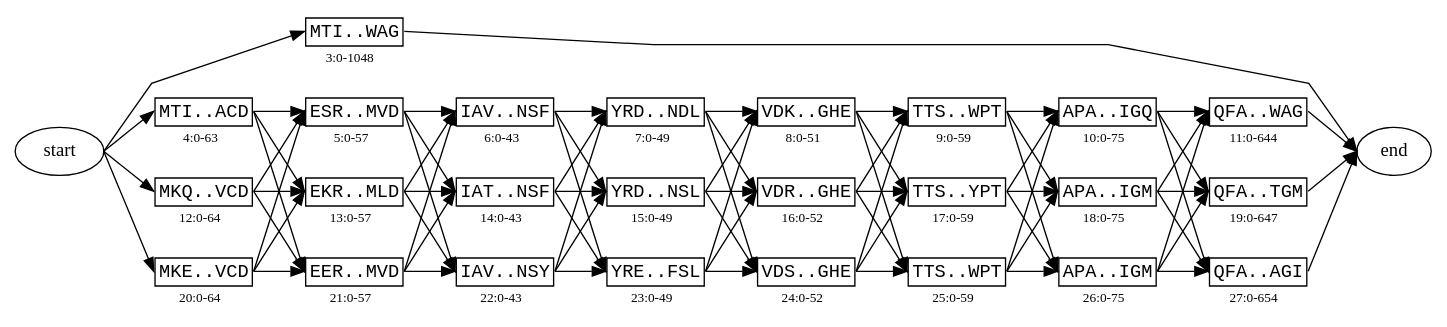
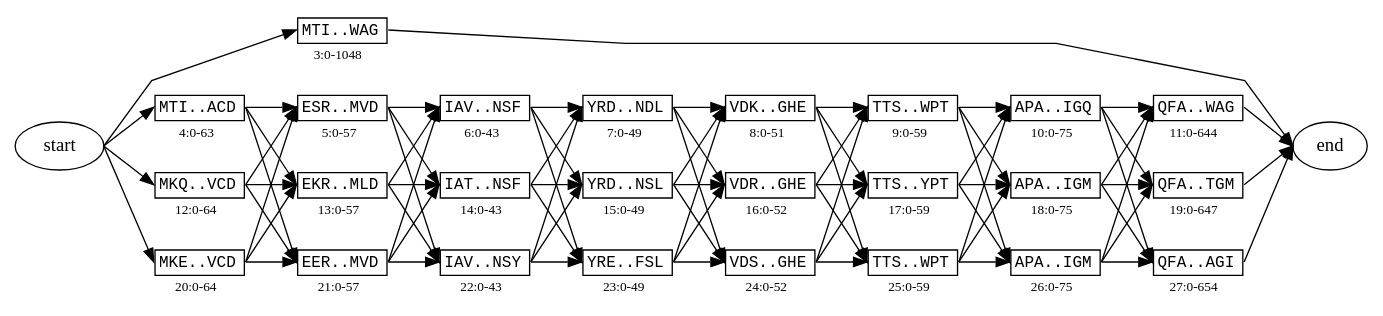
Before and after one commit to ginkgobioworks/gen: the diagram in docs/figures/protein_figure_1.dot, drawn with Graphviz. The commit also changed 25 other files, not shown here.

```diff
--- a/docs/figures/protein_figure_1.dot
+++ b/docs/figures/protein_figure_1.dot
@@ -6,105 +6,105 @@
 	];
 	node [label="\N"];
 	start	[label=start];
-	3.0	[label=<<TABLE BORDER='0' CELLBORDER='1'><TR><TD ALIGN='CENTER' PORT='seq'><FONT FACE='Monospace'>MTI..WAG</FONT></TD></TR><TR><TD BORDER='0' ALIGN='CENTER'><FONT POINT-SIZE='10'>3:0-1048</FONT></TD></TR></TABLE>>,
+	3.0	[label=<<TABLE BORDER='0' CELLBORDER='1'><TR><TD ALIGN='CENTER' PORT='seq'><FONT POINT-SIZE='12' FACE='Monospace'>MTI..WAG</FONT></TD></TR><TR><TD BORDER='0' ALIGN='CENTER'><FONT POINT-SIZE='10'>3:0-1048</FONT></TD></TR></TABLE>>,
 		margin=0,
 		shape=none];
 	start:e -> 3.0:seq:w;
-	4.0	[label=<<TABLE BORDER='0' CELLBORDER='1'><TR><TD ALIGN='CENTER' PORT='seq'><FONT FACE='Monospace'>MTI..ACD</FONT></TD></TR><TR><TD BORDER='0' ALIGN='CENTER'><FONT POINT-SIZE='10'>4:0-63</FONT></TD></TR></TABLE>>,
+	4.0	[label=<<TABLE BORDER='0' CELLBORDER='1'><TR><TD ALIGN='CENTER' PORT='seq'><FONT POINT-SIZE='12' FACE='Monospace'>MTI..ACD</FONT></TD></TR><TR><TD BORDER='0' ALIGN='CENTER'><FONT POINT-SIZE='10'>4:0-63</FONT></TD></TR></TABLE>>,
 		margin=0,
 		shape=none];
 	start:e -> 4.0:seq:w;
-	12.0	[label=<<TABLE BORDER='0' CELLBORDER='1'><TR><TD ALIGN='CENTER' PORT='seq'><FONT FACE='Monospace'>MKQ..VCD</FONT></TD></TR><TR><TD BORDER='0' ALIGN='CENTER'><FONT POINT-SIZE='10'>12:0-64</FONT></TD></TR></TABLE>>,
+	12.0	[label=<<TABLE BORDER='0' CELLBORDER='1'><TR><TD ALIGN='CENTER' PORT='seq'><FONT POINT-SIZE='12' FACE='Monospace'>MKQ..VCD</FONT></TD></TR><TR><TD BORDER='0' ALIGN='CENTER'><FONT POINT-SIZE='10'>12:0-64</FONT></TD></TR></TABLE>>,
 		margin=0,
 		shape=none];
 	start:e -> 12.0:seq:w;
-	20.0	[label=<<TABLE BORDER='0' CELLBORDER='1'><TR><TD ALIGN='CENTER' PORT='seq'><FONT FACE='Monospace'>MKE..VCD</FONT></TD></TR><TR><TD BORDER='0' ALIGN='CENTER'><FONT POINT-SIZE='10'>20:0-64</FONT></TD></TR></TABLE>>,
+	20.0	[label=<<TABLE BORDER='0' CELLBORDER='1'><TR><TD ALIGN='CENTER' PORT='seq'><FONT POINT-SIZE='12' FACE='Monospace'>MKE..VCD</FONT></TD></TR><TR><TD BORDER='0' ALIGN='CENTER'><FONT POINT-SIZE='10'>20:0-64</FONT></TD></TR></TABLE>>,
 		margin=0,
 		shape=none];
 	start:e -> 20.0:seq:w;
 	end	[label=end];
 	3.0:seq:e -> end:w;
-	5.0	[label=<<TABLE BORDER='0' CELLBORDER='1'><TR><TD ALIGN='CENTER' PORT='seq'><FONT FACE='Monospace'>ESR..MVD</FONT></TD></TR><TR><TD BORDER='0' ALIGN='CENTER'><FONT POINT-SIZE='10'>5:0-57</FONT></TD></TR></TABLE>>,
+	5.0	[label=<<TABLE BORDER='0' CELLBORDER='1'><TR><TD ALIGN='CENTER' PORT='seq'><FONT POINT-SIZE='12' FACE='Monospace'>ESR..MVD</FONT></TD></TR><TR><TD BORDER='0' ALIGN='CENTER'><FONT POINT-SIZE='10'>5:0-57</FONT></TD></TR></TABLE>>,
 		margin=0,
 		shape=none];
 	4.0:seq:e -> 5.0:seq:w;
-	13.0	[label=<<TABLE BORDER='0' CELLBORDER='1'><TR><TD ALIGN='CENTER' PORT='seq'><FONT FACE='Monospace'>EKR..MLD</FONT></TD></TR><TR><TD BORDER='0' ALIGN='CENTER'><FONT POINT-SIZE='10'>13:0-57</FONT></TD></TR></TABLE>>,
+	13.0	[label=<<TABLE BORDER='0' CELLBORDER='1'><TR><TD ALIGN='CENTER' PORT='seq'><FONT POINT-SIZE='12' FACE='Monospace'>EKR..MLD</FONT></TD></TR><TR><TD BORDER='0' ALIGN='CENTER'><FONT POINT-SIZE='10'>13:0-57</FONT></TD></TR></TABLE>>,
 		margin=0,
 		shape=none];
 	4.0:seq:e -> 13.0:seq:w;
-	21.0	[label=<<TABLE BORDER='0' CELLBORDER='1'><TR><TD ALIGN='CENTER' PORT='seq'><FONT FACE='Monospace'>EER..MVD</FONT></TD></TR><TR><TD BORDER='0' ALIGN='CENTER'><FONT POINT-SIZE='10'>21:0-57</FONT></TD></TR></TABLE>>,
+	21.0	[label=<<TABLE BORDER='0' CELLBORDER='1'><TR><TD ALIGN='CENTER' PORT='seq'><FONT POINT-SIZE='12' FACE='Monospace'>EER..MVD</FONT></TD></TR><TR><TD BORDER='0' ALIGN='CENTER'><FONT POINT-SIZE='10'>21:0-57</FONT></TD></TR></TABLE>>,
 		margin=0,
 		shape=none];
 	4.0:seq:e -> 21.0:seq:w;
-	6.0	[label=<<TABLE BORDER='0' CELLBORDER='1'><TR><TD ALIGN='CENTER' PORT='seq'><FONT FACE='Monospace'>IAV..NSF</FONT></TD></TR><TR><TD BORDER='0' ALIGN='CENTER'><FONT POINT-SIZE='10'>6:0-43</FONT></TD></TR></TABLE>>,
+	6.0	[label=<<TABLE BORDER='0' CELLBORDER='1'><TR><TD ALIGN='CENTER' PORT='seq'><FONT POINT-SIZE='12' FACE='Monospace'>IAV..NSF</FONT></TD></TR><TR><TD BORDER='0' ALIGN='CENTER'><FONT POINT-SIZE='10'>6:0-43</FONT></TD></TR></TABLE>>,
 		margin=0,
 		shape=none];
 	5.0:seq:e -> 6.0:seq:w;
-	14.0	[label=<<TABLE BORDER='0' CELLBORDER='1'><TR><TD ALIGN='CENTER' PORT='seq'><FONT FACE='Monospace'>IAT..NSF</FONT></TD></TR><TR><TD BORDER='0' ALIGN='CENTER'><FONT POINT-SIZE='10'>14:0-43</FONT></TD></TR></TABLE>>,
+	14.0	[label=<<TABLE BORDER='0' CELLBORDER='1'><TR><TD ALIGN='CENTER' PORT='seq'><FONT POINT-SIZE='12' FACE='Monospace'>IAT..NSF</FONT></TD></TR><TR><TD BORDER='0' ALIGN='CENTER'><FONT POINT-SIZE='10'>14:0-43</FONT></TD></TR></TABLE>>,
 		margin=0,
 		shape=none];
 	5.0:seq:e -> 14.0:seq:w;
-	22.0	[label=<<TABLE BORDER='0' CELLBORDER='1'><TR><TD ALIGN='CENTER' PORT='seq'><FONT FACE='Monospace'>IAV..NSY</FONT></TD></TR><TR><TD BORDER='0' ALIGN='CENTER'><FONT POINT-SIZE='10'>22:0-43</FONT></TD></TR></TABLE>>,
+	22.0	[label=<<TABLE BORDER='0' CELLBORDER='1'><TR><TD ALIGN='CENTER' PORT='seq'><FONT POINT-SIZE='12' FACE='Monospace'>IAV..NSY</FONT></TD></TR><TR><TD BORDER='0' ALIGN='CENTER'><FONT POINT-SIZE='10'>22:0-43</FONT></TD></TR></TABLE>>,
 		margin=0,
 		shape=none];
 	5.0:seq:e -> 22.0:seq:w;
-	7.0	[label=<<TABLE BORDER='0' CELLBORDER='1'><TR><TD ALIGN='CENTER' PORT='seq'><FONT FACE='Monospace'>YRD..NDL</FONT></TD></TR><TR><TD BORDER='0' ALIGN='CENTER'><FONT POINT-SIZE='10'>7:0-49</FONT></TD></TR></TABLE>>,
+	7.0	[label=<<TABLE BORDER='0' CELLBORDER='1'><TR><TD ALIGN='CENTER' PORT='seq'><FONT POINT-SIZE='12' FACE='Monospace'>YRD..NDL</FONT></TD></TR><TR><TD BORDER='0' ALIGN='CENTER'><FONT POINT-SIZE='10'>7:0-49</FONT></TD></TR></TABLE>>,
 		margin=0,
 		shape=none];
 	6.0:seq:e -> 7.0:seq:w;
-	15.0	[label=<<TABLE BORDER='0' CELLBORDER='1'><TR><TD ALIGN='CENTER' PORT='seq'><FONT FACE='Monospace'>YRD..NSL</FONT></TD></TR><TR><TD BORDER='0' ALIGN='CENTER'><FONT POINT-SIZE='10'>15:0-49</FONT></TD></TR></TABLE>>,
+	15.0	[label=<<TABLE BORDER='0' CELLBORDER='1'><TR><TD ALIGN='CENTER' PORT='seq'><FONT POINT-SIZE='12' FACE='Monospace'>YRD..NSL</FONT></TD></TR><TR><TD BORDER='0' ALIGN='CENTER'><FONT POINT-SIZE='10'>15:0-49</FONT></TD></TR></TABLE>>,
 		margin=0,
 		shape=none];
 	6.0:seq:e -> 15.0:seq:w;
-	23.0	[label=<<TABLE BORDER='0' CELLBORDER='1'><TR><TD ALIGN='CENTER' PORT='seq'><FONT FACE='Monospace'>YRE..FSL</FONT></TD></TR><TR><TD BORDER='0' ALIGN='CENTER'><FONT POINT-SIZE='10'>23:0-49</FONT></TD></TR></TABLE>>,
+	23.0	[label=<<TABLE BORDER='0' CELLBORDER='1'><TR><TD ALIGN='CENTER' PORT='seq'><FONT POINT-SIZE='12' FACE='Monospace'>YRE..FSL</FONT></TD></TR><TR><TD BORDER='0' ALIGN='CENTER'><FONT POINT-SIZE='10'>23:0-49</FONT></TD></TR></TABLE>>,
 		margin=0,
 		shape=none];
 	6.0:seq:e -> 23.0:seq:w;
-	8.0	[label=<<TABLE BORDER='0' CELLBORDER='1'><TR><TD ALIGN='CENTER' PORT='seq'><FONT FACE='Monospace'>VDK..GHE</FONT></TD></TR><TR><TD BORDER='0' ALIGN='CENTER'><FONT POINT-SIZE='10'>8:0-51</FONT></TD></TR></TABLE>>,
+	8.0	[label=<<TABLE BORDER='0' CELLBORDER='1'><TR><TD ALIGN='CENTER' PORT='seq'><FONT POINT-SIZE='12' FACE='Monospace'>VDK..GHE</FONT></TD></TR><TR><TD BORDER='0' ALIGN='CENTER'><FONT POINT-SIZE='10'>8:0-51</FONT></TD></TR></TABLE>>,
 		margin=0,
 		shape=none];
 	7.0:seq:e -> 8.0:seq:w;
-	16.0	[label=<<TABLE BORDER='0' CELLBORDER='1'><TR><TD ALIGN='CENTER' PORT='seq'><FONT FACE='Monospace'>VDR..GHE</FONT></TD></TR><TR><TD BORDER='0' ALIGN='CENTER'><FONT POINT-SIZE='10'>16:0-52</FONT></TD></TR></TABLE>>,
+	16.0	[label=<<TABLE BORDER='0' CELLBORDER='1'><TR><TD ALIGN='CENTER' PORT='seq'><FONT POINT-SIZE='12' FACE='Monospace'>VDR..GHE</FONT></TD></TR><TR><TD BORDER='0' ALIGN='CENTER'><FONT POINT-SIZE='10'>16:0-52</FONT></TD></TR></TABLE>>,
 		margin=0,
 		shape=none];
 	7.0:seq:e -> 16.0:seq:w;
-	24.0	[label=<<TABLE BORDER='0' CELLBORDER='1'><TR><TD ALIGN='CENTER' PORT='seq'><FONT FACE='Monospace'>VDS..GHE</FONT></TD></TR><TR><TD BORDER='0' ALIGN='CENTER'><FONT POINT-SIZE='10'>24:0-52</FONT></TD></TR></TABLE>>,
+	24.0	[label=<<TABLE BORDER='0' CELLBORDER='1'><TR><TD ALIGN='CENTER' PORT='seq'><FONT POINT-SIZE='12' FACE='Monospace'>VDS..GHE</FONT></TD></TR><TR><TD BORDER='0' ALIGN='CENTER'><FONT POINT-SIZE='10'>24:0-52</FONT></TD></TR></TABLE>>,
 		margin=0,
 		shape=none];
 	7.0:seq:e -> 24.0:seq:w;
-	9.0	[label=<<TABLE BORDER='0' CELLBORDER='1'><TR><TD ALIGN='CENTER' PORT='seq'><FONT FACE='Monospace'>TTS..WPT</FONT></TD></TR><TR><TD BORDER='0' ALIGN='CENTER'><FONT POINT-SIZE='10'>9:0-59</FONT></TD></TR></TABLE>>,
+	9.0	[label=<<TABLE BORDER='0' CELLBORDER='1'><TR><TD ALIGN='CENTER' PORT='seq'><FONT POINT-SIZE='12' FACE='Monospace'>TTS..WPT</FONT></TD></TR><TR><TD BORDER='0' ALIGN='CENTER'><FONT POINT-SIZE='10'>9:0-59</FONT></TD></TR></TABLE>>,
 		margin=0,
 		shape=none];
 	8.0:seq:e -> 9.0:seq:w;
-	17.0	[label=<<TABLE BORDER='0' CELLBORDER='1'><TR><TD ALIGN='CENTER' PORT='seq'><FONT FACE='Monospace'>TTS..YPT</FONT></TD></TR><TR><TD BORDER='0' ALIGN='CENTER'><FONT POINT-SIZE='10'>17:0-59</FONT></TD></TR></TABLE>>,
+	17.0	[label=<<TABLE BORDER='0' CELLBORDER='1'><TR><TD ALIGN='CENTER' PORT='seq'><FONT POINT-SIZE='12' FACE='Monospace'>TTS..YPT</FONT></TD></TR><TR><TD BORDER='0' ALIGN='CENTER'><FONT POINT-SIZE='10'>17:0-59</FONT></TD></TR></TABLE>>,
 		margin=0,
 		shape=none];
 	8.0:seq:e -> 17.0:seq:w;
-	25.0	[label=<<TABLE BORDER='0' CELLBORDER='1'><TR><TD ALIGN='CENTER' PORT='seq'><FONT FACE='Monospace'>TTS..WPT</FONT></TD></TR><TR><TD BORDER='0' ALIGN='CENTER'><FONT POINT-SIZE='10'>25:0-59</FONT></TD></TR></TABLE>>,
+	25.0	[label=<<TABLE BORDER='0' CELLBORDER='1'><TR><TD ALIGN='CENTER' PORT='seq'><FONT POINT-SIZE='12' FACE='Monospace'>TTS..WPT</FONT></TD></TR><TR><TD BORDER='0' ALIGN='CENTER'><FONT POINT-SIZE='10'>25:0-59</FONT></TD></TR></TABLE>>,
 		margin=0,
 		shape=none];
 	8.0:seq:e -> 25.0:seq:w;
-	10.0	[label=<<TABLE BORDER='0' CELLBORDER='1'><TR><TD ALIGN='CENTER' PORT='seq'><FONT FACE='Monospace'>APA..IGQ</FONT></TD></TR><TR><TD BORDER='0' ALIGN='CENTER'><FONT POINT-SIZE='10'>10:0-75</FONT></TD></TR></TABLE>>,
+	10.0	[label=<<TABLE BORDER='0' CELLBORDER='1'><TR><TD ALIGN='CENTER' PORT='seq'><FONT POINT-SIZE='12' FACE='Monospace'>APA..IGQ</FONT></TD></TR><TR><TD BORDER='0' ALIGN='CENTER'><FONT POINT-SIZE='10'>10:0-75</FONT></TD></TR></TABLE>>,
 		margin=0,
 		shape=none];
 	9.0:seq:e -> 10.0:seq:w;
-	18.0	[label=<<TABLE BORDER='0' CELLBORDER='1'><TR><TD ALIGN='CENTER' PORT='seq'><FONT FACE='Monospace'>APA..IGM</FONT></TD></TR><TR><TD BORDER='0' ALIGN='CENTER'><FONT POINT-SIZE='10'>18:0-75</FONT></TD></TR></TABLE>>,
+	18.0	[label=<<TABLE BORDER='0' CELLBORDER='1'><TR><TD ALIGN='CENTER' PORT='seq'><FONT POINT-SIZE='12' FACE='Monospace'>APA..IGM</FONT></TD></TR><TR><TD BORDER='0' ALIGN='CENTER'><FONT POINT-SIZE='10'>18:0-75</FONT></TD></TR></TABLE>>,
 		margin=0,
 		shape=none];
 	9.0:seq:e -> 18.0:seq:w;
-	26.0	[label=<<TABLE BORDER='0' CELLBORDER='1'><TR><TD ALIGN='CENTER' PORT='seq'><FONT FACE='Monospace'>APA..IGM</FONT></TD></TR><TR><TD BORDER='0' ALIGN='CENTER'><FONT POINT-SIZE='10'>26:0-75</FONT></TD></TR></TABLE>>,
+	26.0	[label=<<TABLE BORDER='0' CELLBORDER='1'><TR><TD ALIGN='CENTER' PORT='seq'><FONT POINT-SIZE='12' FACE='Monospace'>APA..IGM</FONT></TD></TR><TR><TD BORDER='0' ALIGN='CENTER'><FONT POINT-SIZE='10'>26:0-75</FONT></TD></TR></TABLE>>,
 		margin=0,
 		shape=none];
 	9.0:seq:e -> 26.0:seq:w;
-	11.0	[label=<<TABLE BORDER='0' CELLBORDER='1'><TR><TD ALIGN='CENTER' PORT='seq'><FONT FACE='Monospace'>QFA..WAG</FONT></TD></TR><TR><TD BORDER='0' ALIGN='CENTER'><FONT POINT-SIZE='10'>11:0-644</FONT></TD></TR></TABLE>>,
+	11.0	[label=<<TABLE BORDER='0' CELLBORDER='1'><TR><TD ALIGN='CENTER' PORT='seq'><FONT POINT-SIZE='12' FACE='Monospace'>QFA..WAG</FONT></TD></TR><TR><TD BORDER='0' ALIGN='CENTER'><FONT POINT-SIZE='10'>11:0-644</FONT></TD></TR></TABLE>>,
 		margin=0,
 		shape=none];
 	10.0:seq:e -> 11.0:seq:w;
-	19.0	[label=<<TABLE BORDER='0' CELLBORDER='1'><TR><TD ALIGN='CENTER' PORT='seq'><FONT FACE='Monospace'>QFA..TGM</FONT></TD></TR><TR><TD BORDER='0' ALIGN='CENTER'><FONT POINT-SIZE='10'>19:0-647</FONT></TD></TR></TABLE>>,
+	19.0	[label=<<TABLE BORDER='0' CELLBORDER='1'><TR><TD ALIGN='CENTER' PORT='seq'><FONT POINT-SIZE='12' FACE='Monospace'>QFA..TGM</FONT></TD></TR><TR><TD BORDER='0' ALIGN='CENTER'><FONT POINT-SIZE='10'>19:0-647</FONT></TD></TR></TABLE>>,
 		margin=0,
 		shape=none];
 	10.0:seq:e -> 19.0:seq:w;
-	27.0	[label=<<TABLE BORDER='0' CELLBORDER='1'><TR><TD ALIGN='CENTER' PORT='seq'><FONT FACE='Monospace'>QFA..AGI</FONT></TD></TR><TR><TD BORDER='0' ALIGN='CENTER'><FONT POINT-SIZE='10'>27:0-654</FONT></TD></TR></TABLE>>,
+	27.0	[label=<<TABLE BORDER='0' CELLBORDER='1'><TR><TD ALIGN='CENTER' PORT='seq'><FONT POINT-SIZE='12' FACE='Monospace'>QFA..AGI</FONT></TD></TR><TR><TD BORDER='0' ALIGN='CENTER'><FONT POINT-SIZE='10'>27:0-654</FONT></TD></TR></TABLE>>,
 		margin=0,
 		shape=none];
 	10.0:seq:e -> 27.0:seq:w;
```
